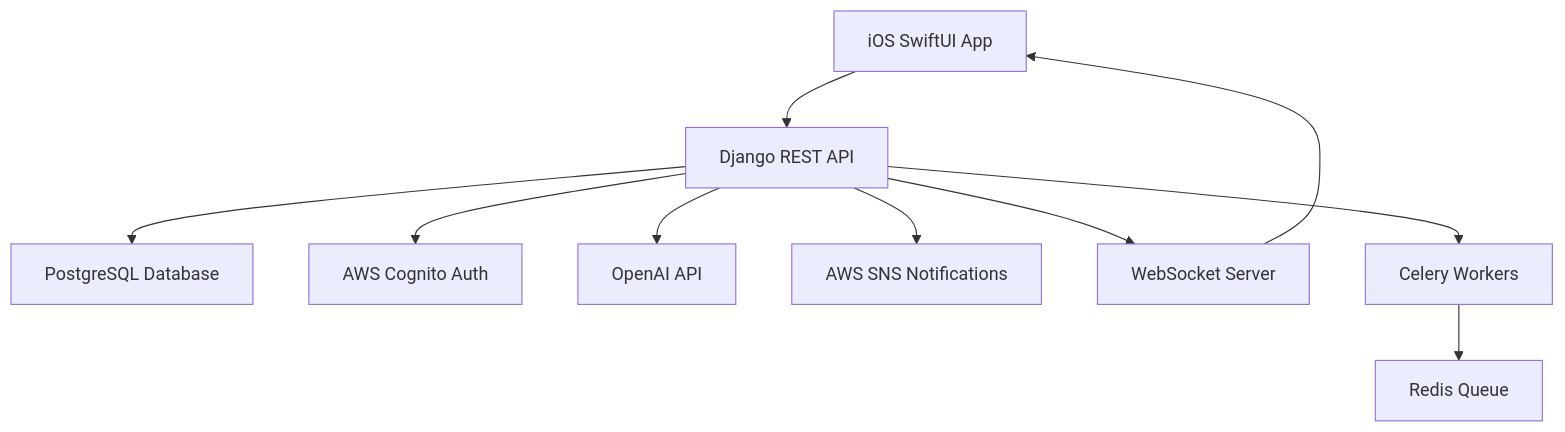
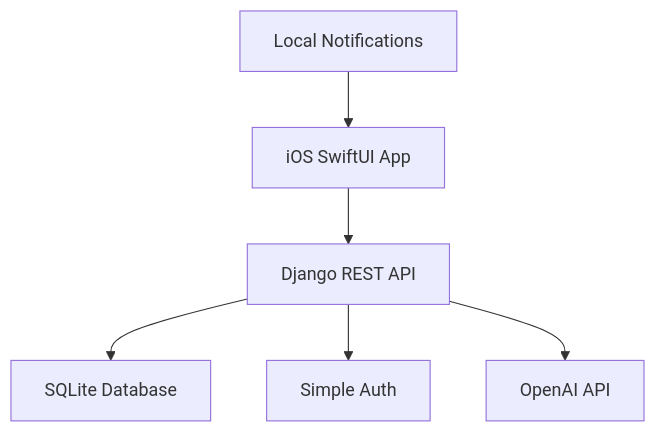
The diagram in README.md (tiazahmd/the-phoenix), drawn with Mermaid before and after one commit. The commit also changed other lines of this file and 6 other files, not shown here.

````diff
--- a/README.md
+++ b/README.md
@@ -31,12 +30,8 @@
 ```mermaid
 graph TD
     A[iOS SwiftUI App] --> B[Django REST API]
-    B --> C[PostgreSQL Database]
-    B --> D[AWS Cognito Auth]
+    B --> C[SQLite Database]
+    B --> D[Simple Auth]
     B --> E[OpenAI API]
-    B --> F[AWS SNS Notifications]
-    G[WebSocket Server] --> A
-    B --> G
-    H[Celery Workers] --> I[Redis Queue]
-    B --> H
+    F[Local Notifications] --> A
 ```
````
